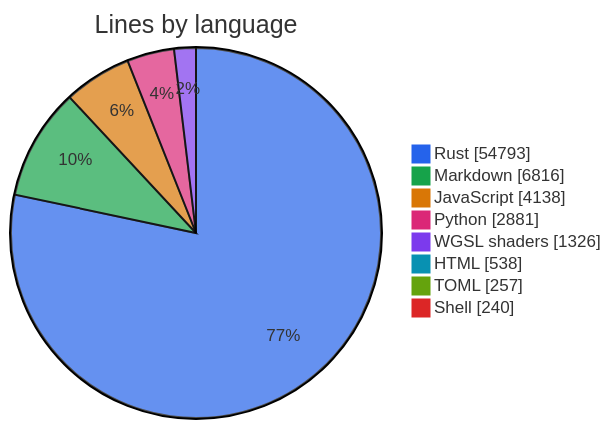
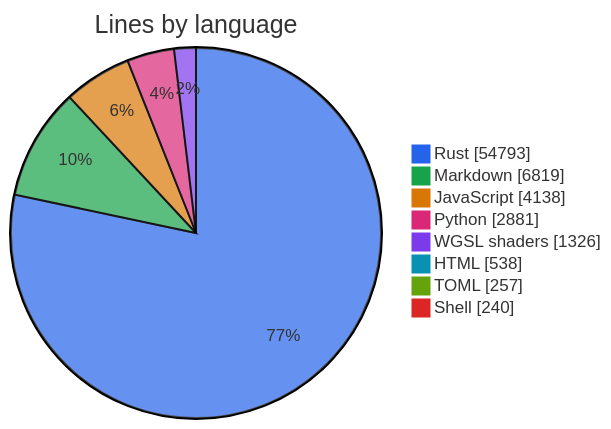
Before and after one commit to thomascherickal/ferrum-gpu: the first of 2 diagrams in metrics.md, drawn with Mermaid. The commit also changed other lines of this file and 3 other files, not shown here.

````diff
--- a/metrics.md
+++ b/metrics.md
@@ -22,12 +22,12 @@
 ```mermaid
 %%{init: {"theme": "base", "themeVariables": {"pie1": "#2563eb", "pie2": "#16a34a", "pie3": "#d97706", "pie4": "#db2777", "pie5": "#7c3aed", "pie6": "#0891b2", "pie7": "#65a30d", "pie8": "#dc2626"}}}%%
 pie showData title Lines by language
     "Rust" : 54793
-    "Markdown" : 6816
+    "Markdown" : 6819
     "JavaScript" : 4138
     "Python" : 2881
     "WGSL shaders" : 1326
     "HTML" : 538
     "TOML" : 257
     "Shell" : 240
 ```
````
